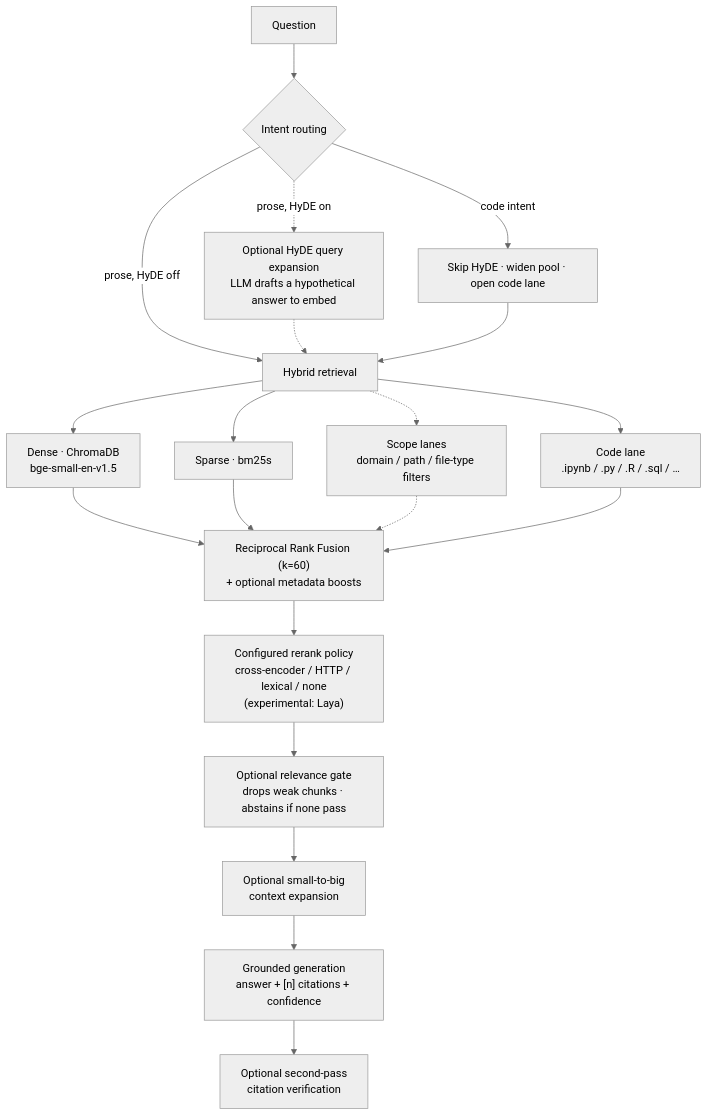
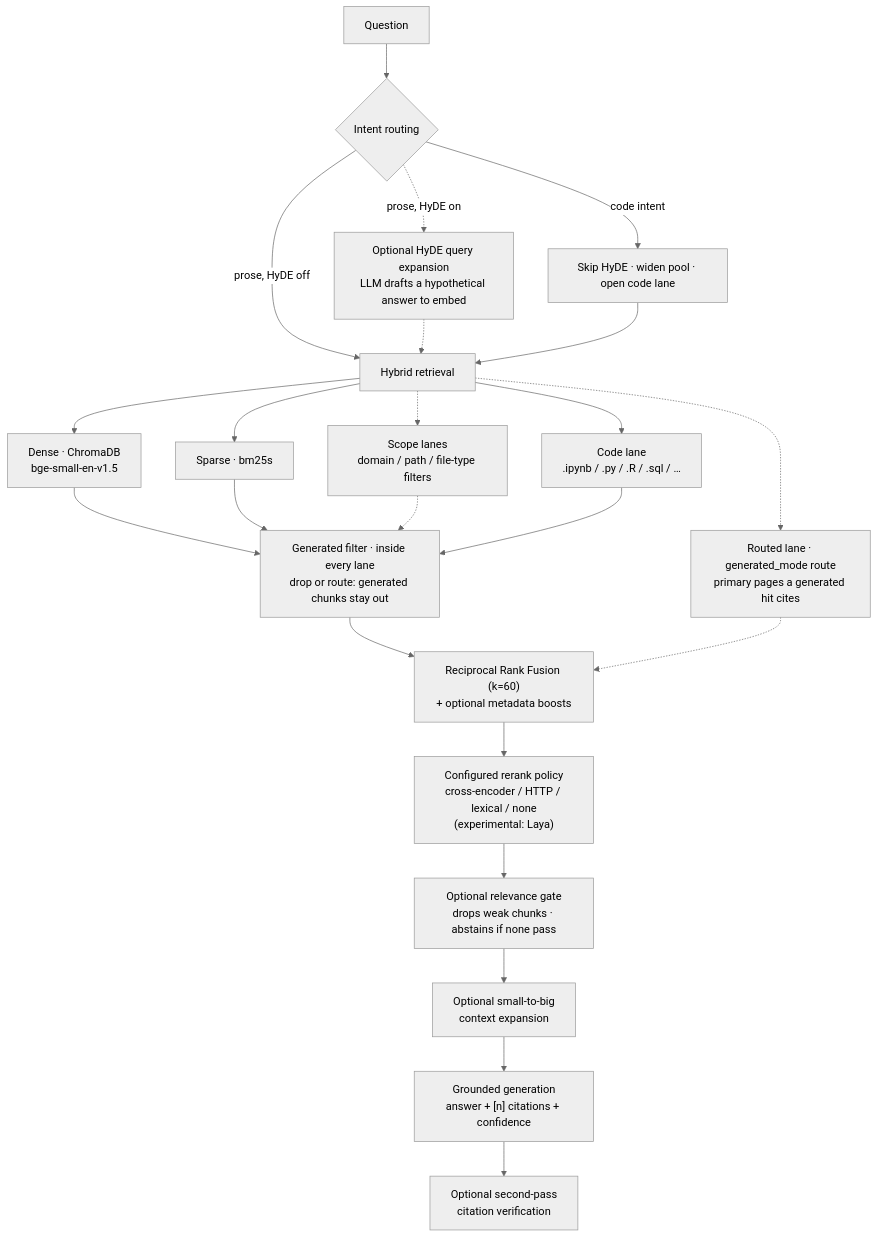
Before and after one commit to AlbertHakobyan070/Advanced-Obsidian-RAG: the diagram in docs/architecture.md, drawn with Mermaid (neutral theme). The commit also changed other lines of this file and 138 other files, not shown here.

First line of the commit message:
Noetrix 0.30.0: generated content out of evidence, route mode, the outline, the Navigator engine

````diff
--- a/docs/architecture.md
+++ b/docs/architecture.md
@@ -9,22 +9,25 @@
 ```mermaid
 flowchart TD
     Q["Question"] --> R{Intent routing}
     R -->|prose, HyDE off| HY["Hybrid retrieval"]
     R -.->|prose, HyDE on| H["Optional HyDE query expansion<br/>LLM drafts a hypothetical answer to embed"]
     R -->|code intent| C0["Skip HyDE · widen pool · open code lane"]
     H -.-> HY
     C0 --> HY
     HY --> D["Dense · ChromaDB<br/>bge-small-en-v1.5"]
     HY --> S["Sparse · bm25s"]
     HY -.-> SL["Scope lanes<br/>domain / path / file-type filters"]
     HY --> CL["Code lane<br/>.ipynb / .py / .R / .sql / …"]
-    D --> RRF["Reciprocal Rank Fusion (k=60)<br/>+ optional metadata boosts"]
-    S --> RRF
-    SL -.-> RRF
-    CL --> RRF
+    HY -.-> RT["Routed lane · generated_mode route<br/>primary pages a generated hit cites"]
+    D --> GF["Generated filter · inside every lane<br/>drop or route: generated chunks stay out"]
+    S --> GF
+    SL -.-> GF
+    CL --> GF
+    GF --> RRF["Reciprocal Rank Fusion (k=60)<br/>+ optional metadata boosts"]
+    RT -.-> RRF
     RRF --> RR["Configured rerank policy<br/>cross-encoder / HTTP / lexical / none<br/>(experimental: Laya)"]
     RR --> GT["Optional relevance gate<br/>drops weak chunks · abstains if none pass"]
     GT --> EX["Optional small-to-big<br/>context expansion"]
     EX --> G["Grounded generation<br/>answer + [n] citations + confidence"]
     G --> V["Optional second-pass<br/>citation verification"]
 ```
````
